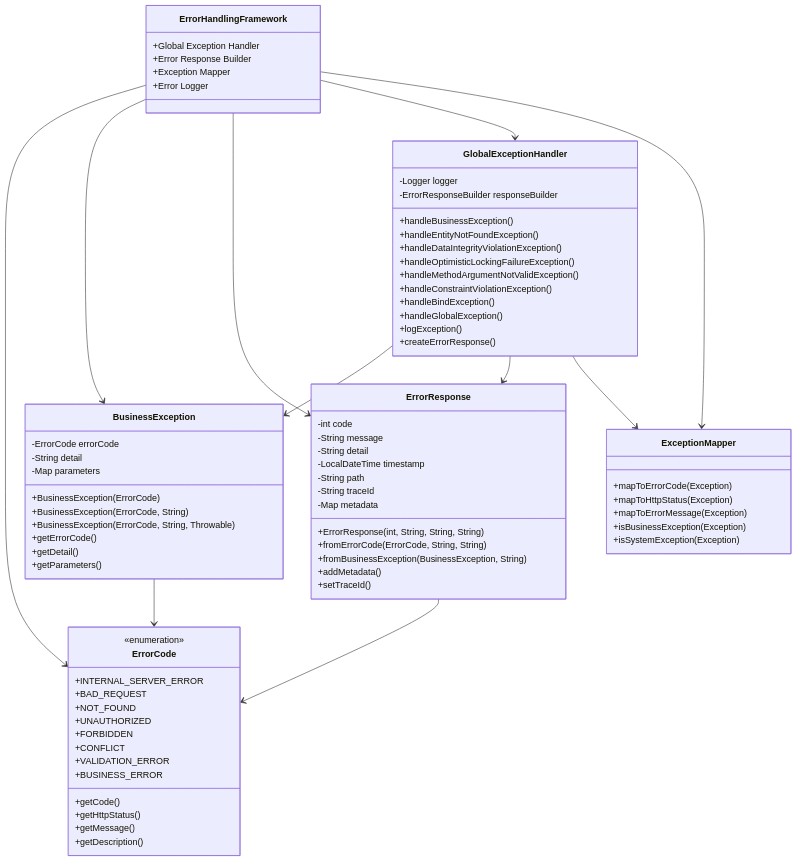
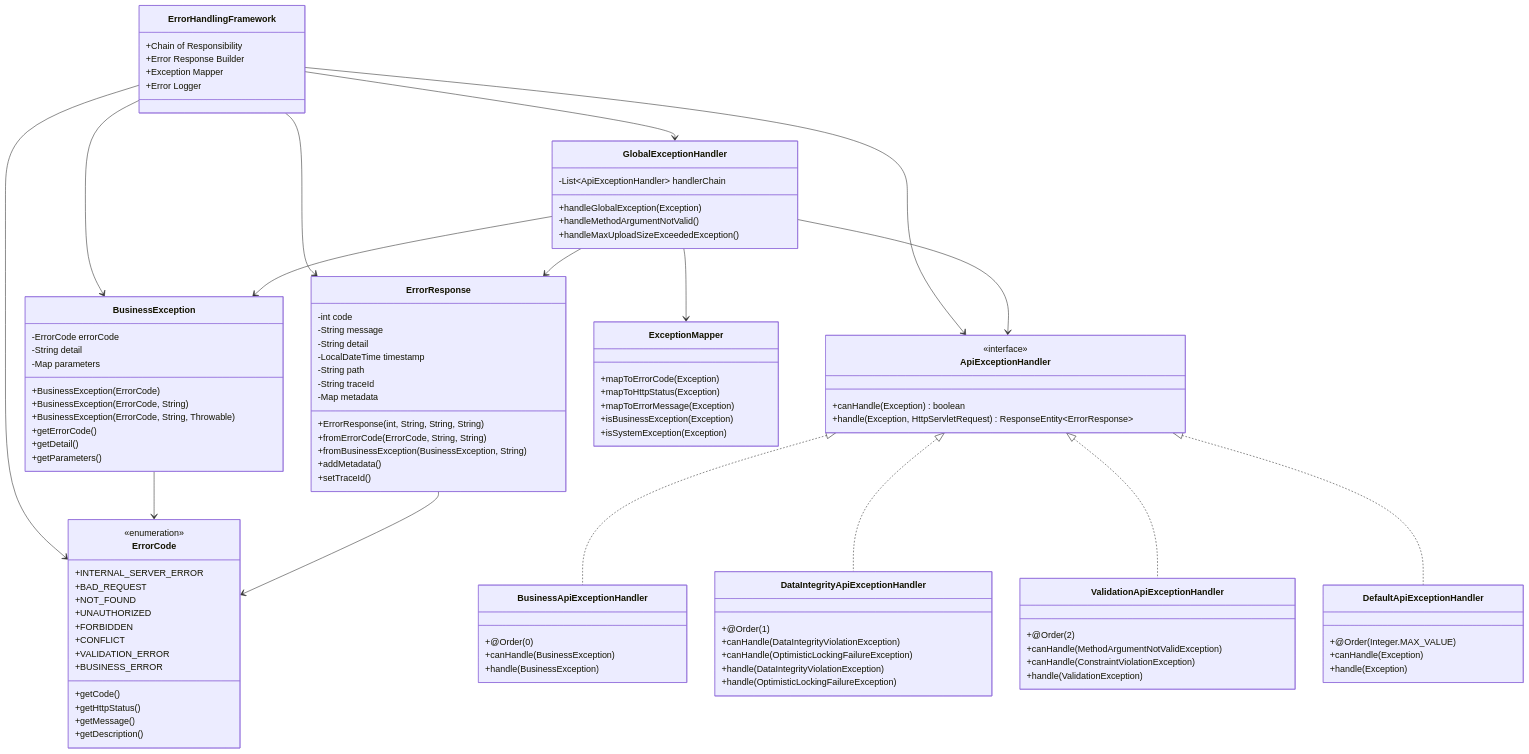
One commit to Vinskao/ty-multiverse-backend changed the ninth of 13 diagrams in README.md. Above: the diagram before and after it, drawn with Mermaid. The commit also changed other lines of this file and 7 other files, not shown here.

````diff
--- a/README.md
+++ b/README.md
@@ -300,7 +394,7 @@
 ```mermaid
 classDiagram
     class ErrorHandlingFramework {
-        +Global Exception Handler
+        +Chain of Responsibility
         +Error Response Builder
         +Exception Mapper
         +Error Logger
@@ -350,18 +444,43 @@
     }
     
     class GlobalExceptionHandler {
-        -Logger logger
-        -ErrorResponseBuilder responseBuilder
-        +handleBusinessException()
-        +handleEntityNotFoundException()
-        +handleDataIntegrityViolationException()
-        +handleOptimisticLockingFailureException()
-        +handleMethodArgumentNotValidException()
-        +handleConstraintViolationException()
-        +handleBindException()
-        +handleGlobalException()
-        +logException()
-        +createErrorResponse()
+        -List~ApiExceptionHandler~ handlerChain
+        +handleGlobalException(Exception)
+        +handleMethodArgumentNotValid()
+        +handleMaxUploadSizeExceededException()
+    }
+    
+    class ApiExceptionHandler {
+        <<interface>>
+        +canHandle(Exception) boolean
+        +handle(Exception, HttpServletRequest) ResponseEntity~ErrorResponse~
+    }
+    
+    class BusinessApiExceptionHandler {
+        +@Order(0)
+        +canHandle(BusinessException)
+        +handle(BusinessException)
+    }
+    
+    class DataIntegrityApiExceptionHandler {
+        +@Order(1)
+        +canHandle(DataIntegrityViolationException)
+        +canHandle(OptimisticLockingFailureException)
+        +handle(DataIntegrityViolationException)
+        +handle(OptimisticLockingFailureException)
+    }
+    
+    class ValidationApiExceptionHandler {
+        +@Order(2)
+        +canHandle(MethodArgumentNotValidException)
+        +canHandle(ConstraintViolationException)
+        +handle(ValidationException)
+    }
+    
+    class DefaultApiExceptionHandler {
+        +@Order(Integer.MAX_VALUE)
+        +canHandle(Exception)
+        +handle(Exception)
     }
     
     class ExceptionMapper {
@@ -376,7 +495,12 @@
     ErrorHandlingFramework --> BusinessException
     ErrorHandlingFramework --> ErrorResponse
     ErrorHandlingFramework --> GlobalExceptionHandler
-    ErrorHandlingFramework --> ExceptionMapper
+    ErrorHandlingFramework --> ApiExceptionHandler
+    GlobalExceptionHandler --> ApiExceptionHandler
+    ApiExceptionHandler <|.. BusinessApiExceptionHandler
+    ApiExceptionHandler <|.. DataIntegrityApiExceptionHandler
+    ApiExceptionHandler <|.. ValidationApiExceptionHandler
+    ApiExceptionHandler <|.. DefaultApiExceptionHandler
     BusinessException --> ErrorCode
     ErrorResponse --> ErrorCode
     GlobalExceptionHandler --> BusinessException
````
